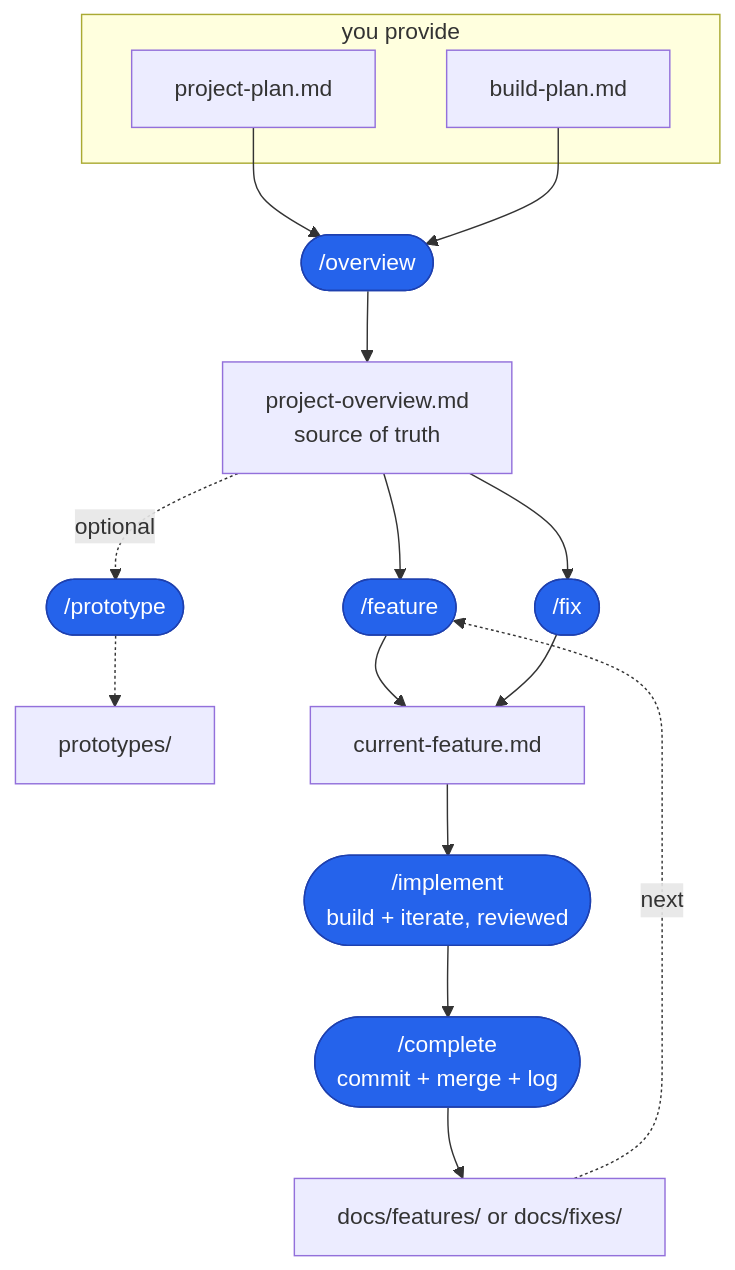
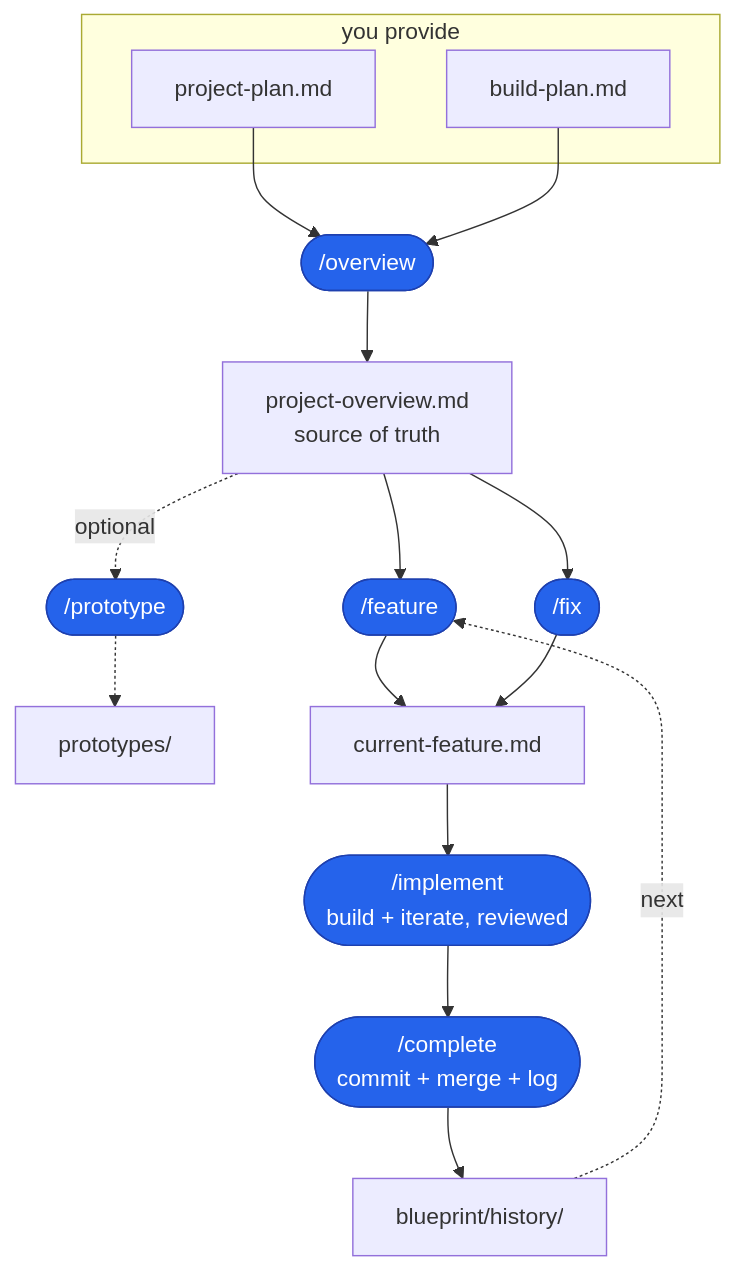
The diagram in README.md (Kudastech/ai-blueprint), drawn with Mermaid before and after one commit. The commit also changed other lines of this file and 16 other files, not shown here.

````diff
--- a/README.md
+++ b/README.md
@@ -35,25 +35,25 @@
 ```mermaid
 flowchart TD
     subgraph you["you provide"]
         PP["project-plan.md"]
         BPL["build-plan.md"]
     end
 
     PP --> OV(["/overview"])
     BPL --> OV
     OV --> POV["project-overview.md<br/>source of truth"]
     POV -.->|optional| PT(["/prototype"])
     PT -.-> PRO["prototypes/"]
 
     POV --> FT(["/feature"])
     POV --> FX(["/fix"])
     FT --> CF["current-feature.md"]
     FX --> CF
     CF --> IM(["/implement<br/>build + iterate, reviewed"])
     IM --> CP(["/complete<br/>commit + merge + log"])
-    CP --> AR["docs/features/ or docs/fixes/"]
+    CP --> AR["blueprint/history/"]
     AR -.->|next| FT
 
     classDef skill fill:#2563eb,stroke:#1e40af,color:#ffffff;
     class OV,PT,FT,FX,IM,CP skill;
 ```
````
